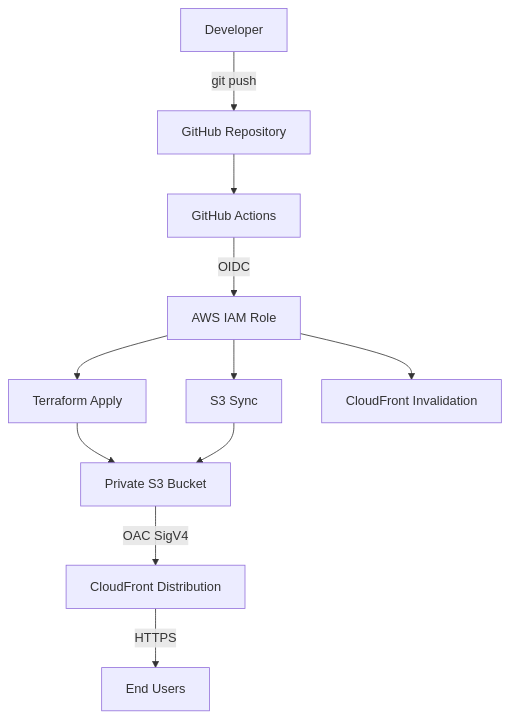
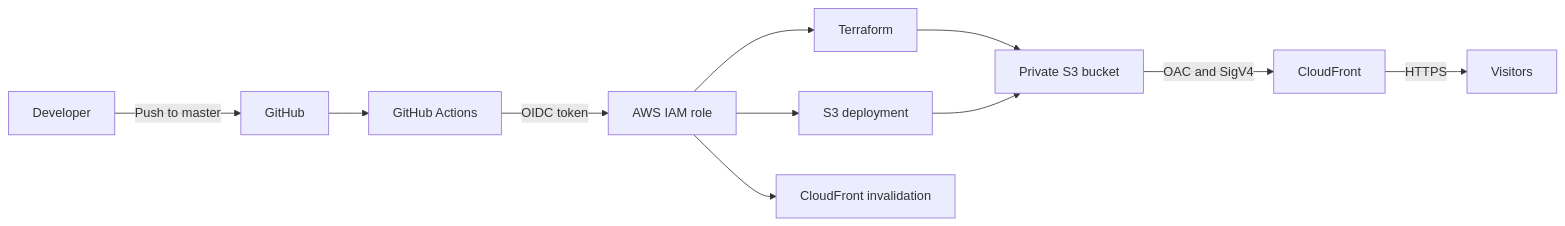
The diagram in README.md (Copubah/aws-cloud-resume), drawn with Mermaid before and after one commit. The commit also changed other lines of this file, not shown here.

````diff
--- a/README.md
+++ b/README.md
@@ -57,13 +21,13 @@
 ```mermaid
-graph TD
-    A[Developer] -->|git push| B[GitHub Repository]
+flowchart LR
+    A[Developer] -->|Push to master| B[GitHub]
     B --> C[GitHub Actions]
-    C -->|OIDC| D[AWS IAM Role]
-    D --> E[Terraform Apply]
-    D --> F[S3 Sync]
-    D --> G[CloudFront Invalidation]
-    E --> H[Private S3 Bucket]
+    C -->|OIDC token| D[AWS IAM role]
+    D --> E[Terraform]
+    D --> F[S3 deployment]
+    D --> G[CloudFront invalidation]
+    E --> H[Private S3 bucket]
     F --> H
-    H -->|OAC SigV4| I[CloudFront Distribution]
-    I -->|HTTPS| J[End Users]
+    H -->|OAC and SigV4| I[CloudFront]
+    I -->|HTTPS| J[Visitors]
 ```
````
